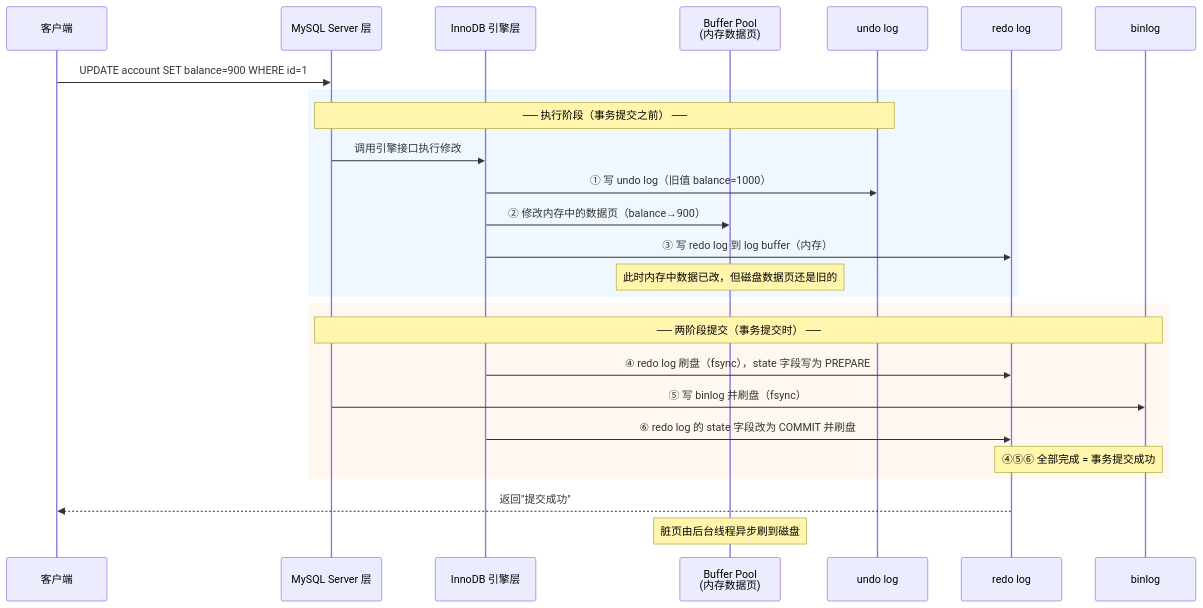
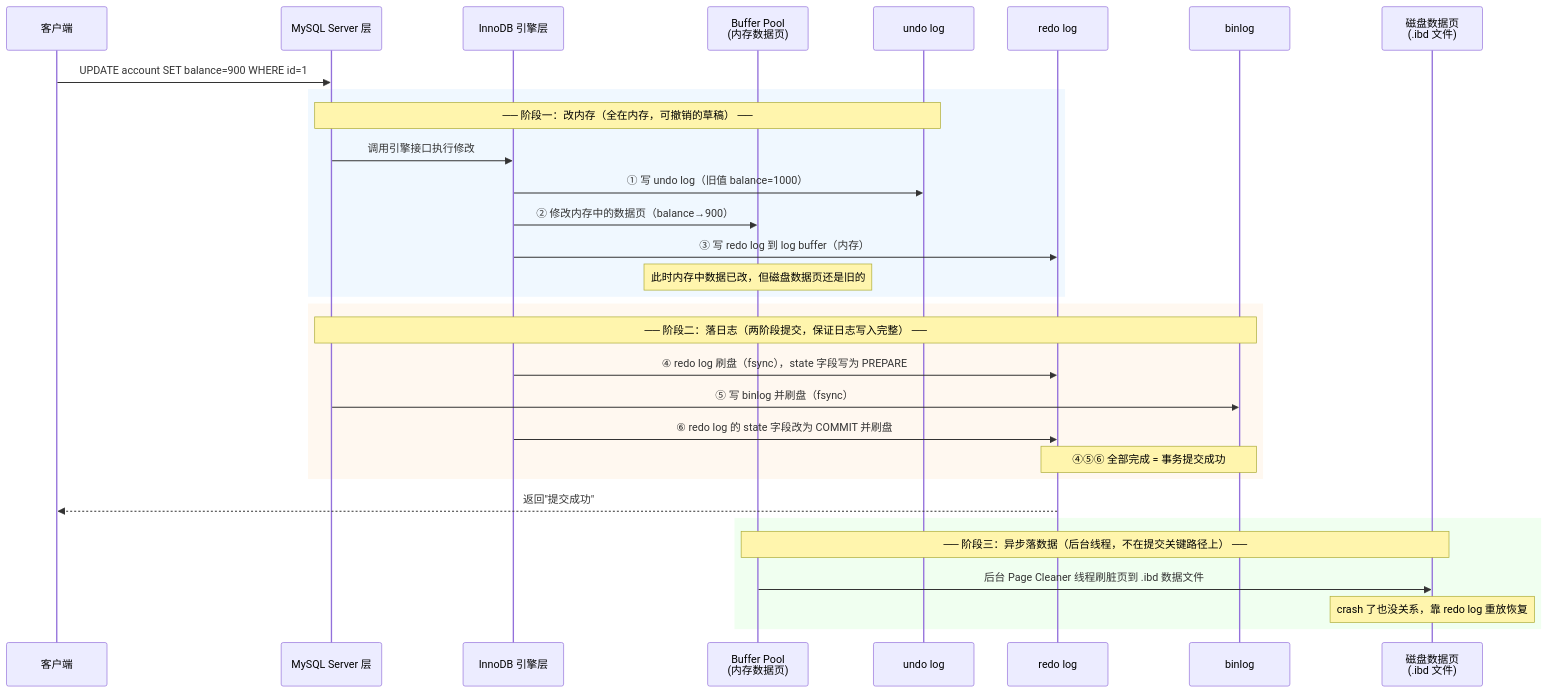
The fifth of 6 diagrams in part3-java-deep/09-数据库MySQL.md (LiPingjiang/Full-Stack-Knowledge-Book), drawn with Mermaid before and after one commit. The commit also changed other lines of this file, not shown here.

Commit message:
docs(09-MySQL): 时序图三阶段标注'改内存→落日志→异步落数据'，阶段三独立绿色区域+Disk参与者

````diff
--- a/part3-java-deep/09-数据库MySQL.md
+++ b/part3-java-deep/09-数据库MySQL.md
@@ -552,32 +552,38 @@
 ```mermaid
 sequenceDiagram
     participant Client as 客户端
     participant Server as MySQL Server 层
     participant Engine as InnoDB 引擎层
     participant Buffer as Buffer Pool<br/>(内存数据页)
     participant Undo as undo log
     participant Redo as redo log
     participant Bin as binlog
+    participant Disk as 磁盘数据页<br/>(.ibd 文件)
 
     Client->>Server: UPDATE account SET balance=900 WHERE id=1
 
     rect rgb(240, 248, 255)
-    Note over Server,Undo: ── 执行阶段（事务提交之前） ──
+    Note over Server,Undo: ── 阶段一：改内存（全在内存，可撤销的草稿） ──
     Server->>Engine: 调用引擎接口执行修改
     Engine->>Undo: ① 写 undo log（旧值 balance=1000）
     Engine->>Buffer: ② 修改内存中的数据页（balance→900）
     Engine->>Redo: ③ 写 redo log 到 log buffer（内存）
     Note over Buffer: 此时内存中数据已改，但磁盘数据页还是旧的
     end
 
     rect rgb(255, 248, 240)
-    Note over Server,Bin: ── 两阶段提交（事务提交时） ──
+    Note over Server,Bin: ── 阶段二：落日志（两阶段提交，保证日志写入完整） ──
     Engine->>Redo: ④ redo log 刷盘（fsync），state 字段写为 PREPARE
     Server->>Bin: ⑤ 写 binlog 并刷盘（fsync）
     Engine->>Redo: ⑥ redo log 的 state 字段改为 COMMIT 并刷盘
     Note over Redo,Bin: ④⑤⑥ 全部完成 = 事务提交成功
     end
 
     Redo-->>Client: 返回"提交成功"
-    Note over Buffer: 脏页由后台线程异步刷到磁盘
+
+    rect rgb(240, 255, 240)
+    Note over Buffer,Disk: ── 阶段三：异步落数据（后台线程，不在提交关键路径上） ──
+    Buffer->>Disk: 后台 Page Cleaner 线程刷脏页到 .ibd 数据文件
+    Note over Disk: crash 了也没关系，靠 redo log 重放恢复
+    end
 ```
````
